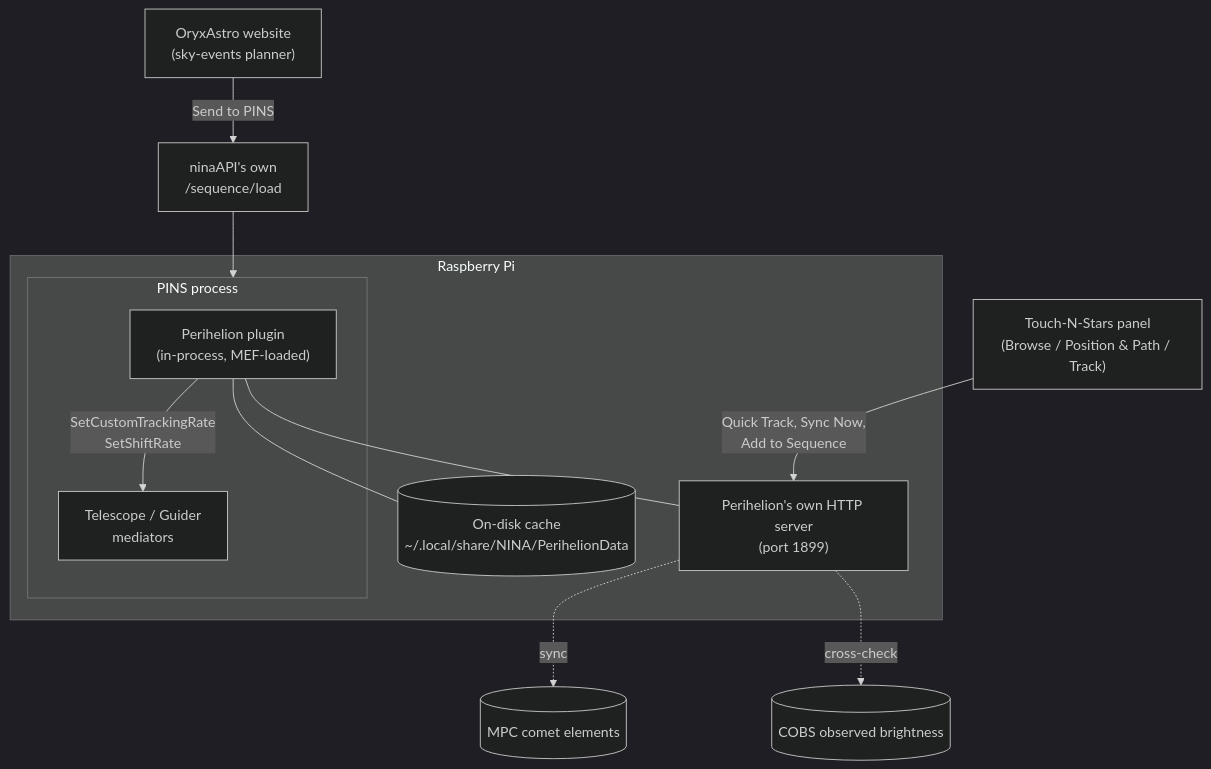
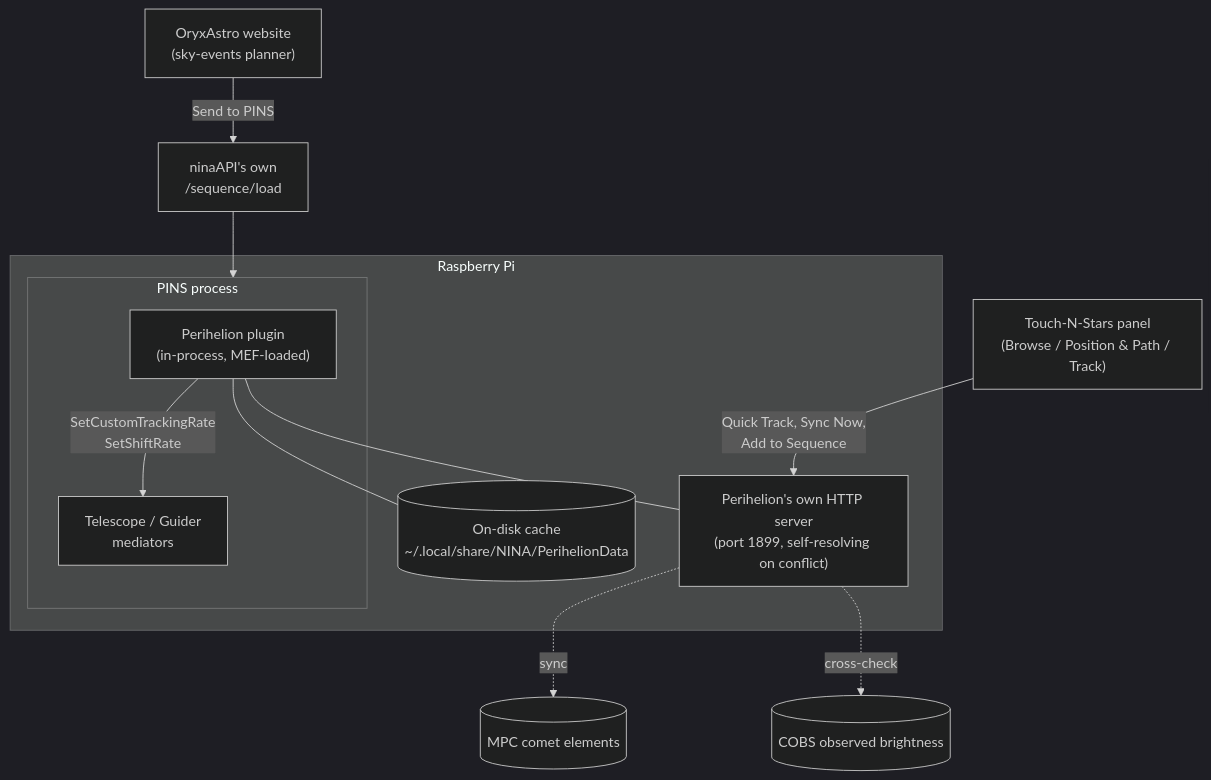
One commit to OryxAstro/perihelion changed the diagram in README.md. Above: the diagram before and after it, drawn with Mermaid (dark theme). The commit also changed other lines of this file, not shown here.

````diff
--- a/README.md
+++ b/README.md
@@ -48,27 +48,27 @@
 ```mermaid
 flowchart TB
     subgraph pi["Raspberry Pi"]
         subgraph nina["PINS process"]
             plugin["Perihelion plugin<br/>(in-process, MEF-loaded)"]
             mediator["Telescope / Guider<br/>mediators"]
             plugin -->|SetCustomTrackingRate<br/>SetShiftRate| mediator
         end
-        api["Perihelion's own HTTP server<br/>(port 1899)"]
+        api["Perihelion's own HTTP server<br/>(port 1899, self-resolving on conflict)"]
         cache[("On-disk cache<br/>~/.local/share/NINA/PerihelionData")]
         plugin --- api
         plugin --- cache
     end
 
     tns["Touch-N-Stars panel<br/>(Browse / Position & Path / Track)"]
     tns -->|Quick Track, Sync Now,<br/>Add to Sequence| api
 
     mpc[("MPC comet elements")]
     cobs[("COBS observed brightness")]
     api -.sync.-> mpc
     api -.cross-check.-> cobs
 
     website["OryxAstro website<br/>(sky-events planner)"]
     ninaapi["ninaAPI's own<br/>/sequence/load"]
     website -->|Send to PINS| ninaapi
     ninaapi --> nina
 ```
````
